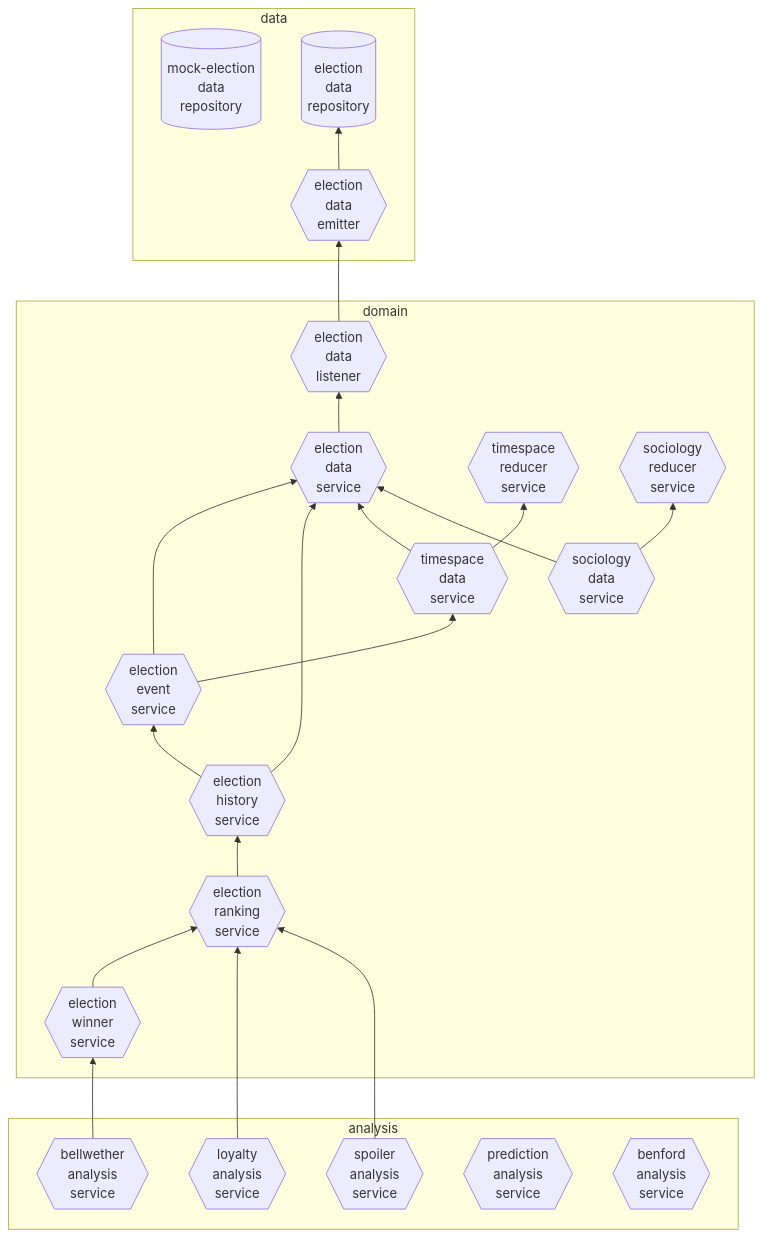
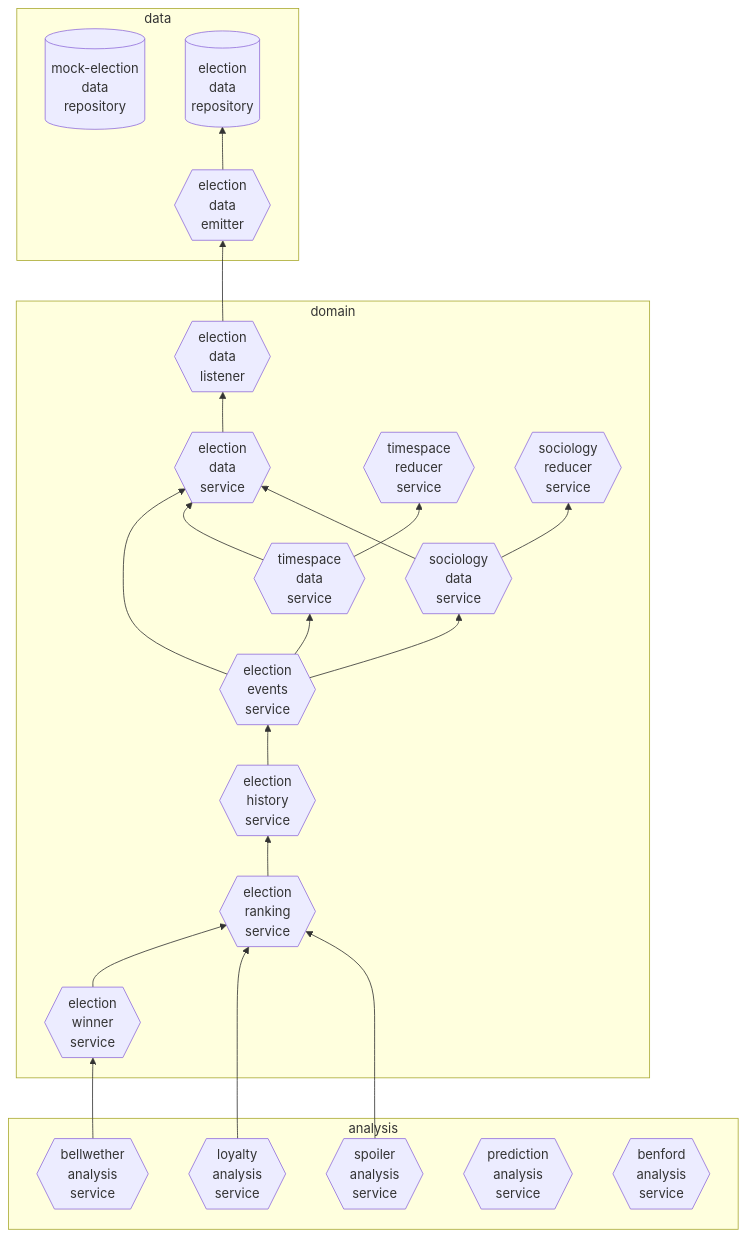
One commit to DrewStern/election-analysis changed the diagram in docs/arch/input/flow_chart.mmd. Above: the diagram before and after it, drawn with Mermaid.

Commit message:
rename election-event-service to election-events-service; refactor to remove its dependency upon election-data-service; add a dependency to sociology-data-service

````diff
--- a/docs/arch/input/flow_chart.mmd
+++ b/docs/arch/input/flow_chart.mmd
@@ -1,47 +1,47 @@
 ```mermaid
 graph BT
 
     subgraph analysis [analysis]
     BellwetherAnalysisService{{bellwether<br>analysis<br>service}}
     LoyaltyAnalysisService{{loyalty<br>analysis<br>service}}
     SpoilerAnalysisService{{spoiler<br>analysis<br>service}}
     PredictionAnalysisService{{prediction<br>analysis<br>service}}
     BenfordAnalysisService{{benford<br>analysis<br>service}}
     end
 
     subgraph domain [domain]
     ElectionDataListener{{election<br>data<br>listener}}
     ElectionDataService{{election<br>data<br>service}}
-    ElectionEventService{{election<br>event<br>service}}
+    ElectionEventsService{{election<br>events<br>service}}
     TimespaceDataService{{timespace<br>data<br>service}}
     SociologyDataService{{sociology<br>data<br>service}}
     TimespaceReducerService{{timespace<br>reducer<br>service}}
     SociologyReducerService{{sociology<br>reducer<br>service}}
     ElectionHistoryService{{election<br>history<br>service}}
     ElectionRankingService{{election<br>ranking<br>service}}
     ElectionWinnerService{{election<br>winner<br>service}}
     end
 
     subgraph data [data]
     MockElectionDataRepository[(mock-election<br>data<br>repository)]
     ElectionDataRepository[(election<br>data<br>repository)]
     ElectionDataEmitter{{election<br>data<br>emitter}}
     end
 
     ElectionDataEmitter --> ElectionDataRepository
     ElectionDataListener --> ElectionDataEmitter
     ElectionDataService --> ElectionDataListener
-    ElectionEventService --> ElectionDataService
-    ElectionEventService --> TimespaceDataService
-    ElectionHistoryService --> ElectionEventService
-    ElectionHistoryService --> ElectionDataService
+    ElectionEventsService --> ElectionDataService
+    ElectionEventsService --> TimespaceDataService
+    ElectionEventsService --> SociologyDataService
+    ElectionHistoryService --> ElectionEventsService
     ElectionRankingService --> ElectionHistoryService
     TimespaceDataService --> ElectionDataService
     TimespaceDataService --> TimespaceReducerService
     SociologyDataService --> ElectionDataService
     SociologyDataService --> SociologyReducerService
     ElectionWinnerService --> ElectionRankingService
     BellwetherAnalysisService --> ElectionWinnerService
     LoyaltyAnalysisService --> ElectionRankingService
     SpoilerAnalysisService --> ElectionRankingService
 ```
````
